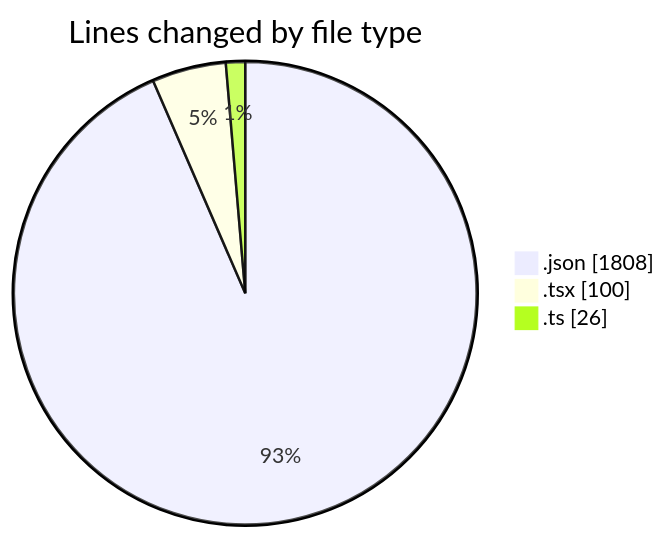
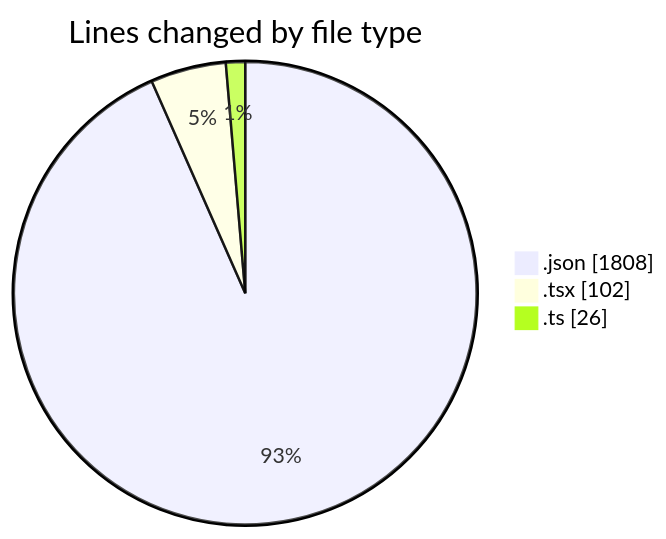
Before and after one commit to julien-gomy/code-tracking: the first of 2 diagrams in 2025-11-19/eventscop-frontend-guide__workspace_/README.md, drawn with Mermaid. The commit also changed other lines of this file and 1 other file, not shown here.

````diff
--- a/2025-11-19/eventscop-frontend-guide__workspace_/README.md
+++ b/2025-11-19/eventscop-frontend-guide__workspace_/README.md
@@ -30,7 +30,7 @@
 ```mermaid
 pie showData
 title Lines changed by file type
 ".json" : 1808
-".tsx" : 100
+".tsx" : 102
 ".ts" : 26
 ```
````
